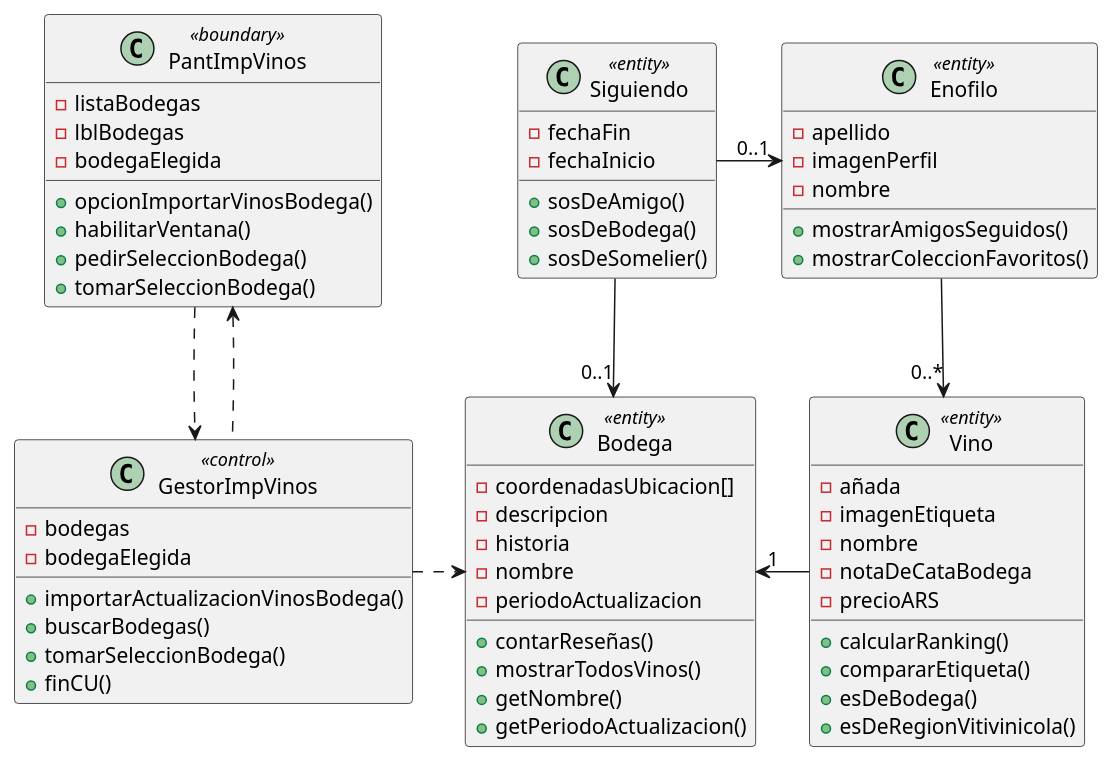
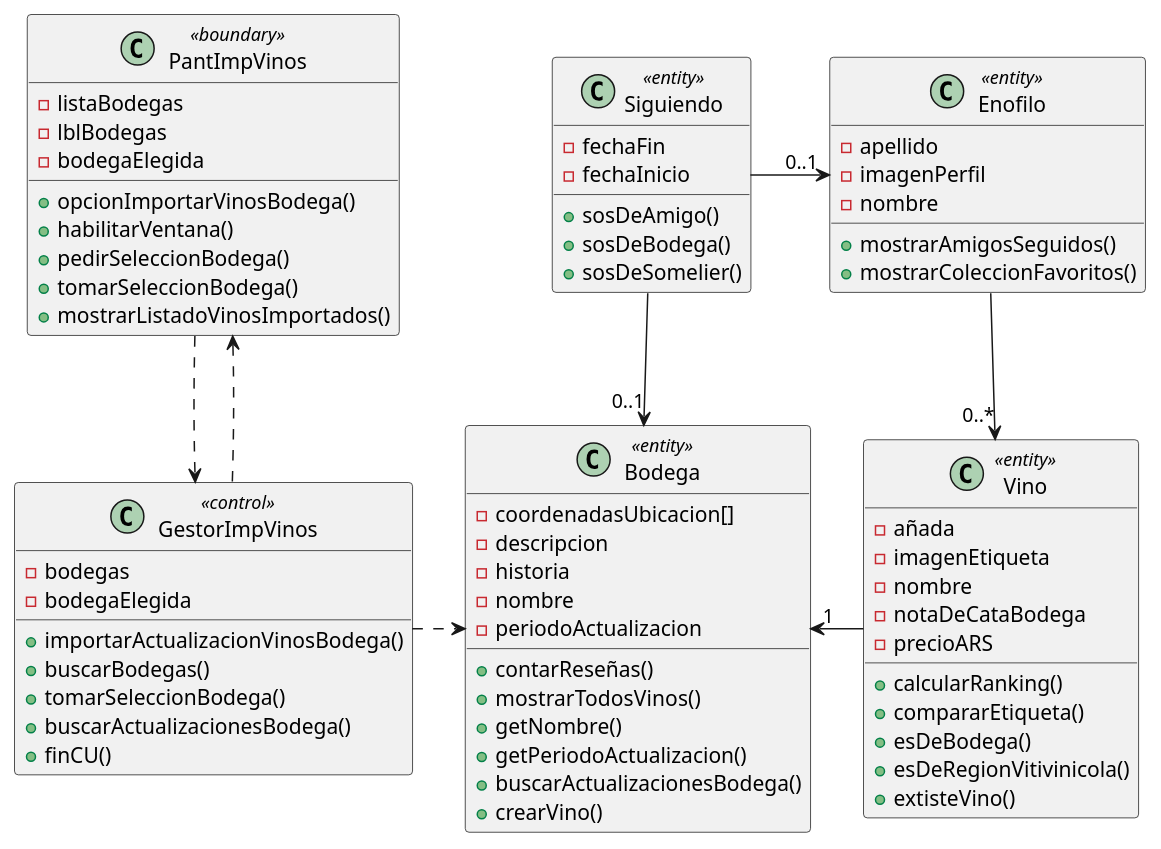
Before and after one commit to JuanjoCasas/PPAI: the diagram in modelo de analisis/vistaClasesAnalisis.puml, drawn with PlantUML. The commit also changed 1 other file, not shown here.

```diff
--- a/modelo de analisis/vistaClasesAnalisis.puml
+++ b/modelo de analisis/vistaClasesAnalisis.puml
@@ -1,73 +1,75 @@
 @startuml clases
 
 class PantImpVinos <<boundary>> {
     - listaBodegas
     - lblBodegas
     - bodegaElegida
     + opcionImportarVinosBodega()
     + habilitarVentana()
     + pedirSeleccionBodega()
     + tomarSeleccionBodega()
-    
+    + mostrarListadoVinosImportados()
 }
 
 class GestorImpVinos <<control>> {
     - bodegas
     - bodegaElegida
     + importarActualizacionVinosBodega()
     + buscarBodegas()
     + tomarSeleccionBodega()
-
-
+    + buscarActualizacionesBodega()
     + finCU()
 }
 
 class Bodega <<entity>> {
     - coordenadasUbicacion[]
     - descripcion
     - historia
     - nombre
     - periodoActualizacion
     + contarReseñas()
     + mostrarTodosVinos()
     + getNombre()
     + getPeriodoActualizacion()
+    + buscarActualizacionesBodega()
+    + crearVino()
 }
 
 class Vino <<entity>> {
     - añada
     - imagenEtiqueta
     - nombre
     - notaDeCataBodega
     - precioARS
     + calcularRanking()
     + compararEtiqueta()
     + esDeBodega()
     + esDeRegionVitivinicola()
+    + extisteVino()
 }
 
 class Siguiendo <<entity>> {
     - fechaFin
     - fechaInicio
     + sosDeAmigo()
     + sosDeBodega()
     + sosDeSomelier()
 }
 
 class Enofilo <<entity>> {
     - apellido
     - imagenPerfil
     - nombre
     + mostrarAmigosSeguidos()
-    +mostrarColeccionFavoritos()
+    + mostrarColeccionFavoritos()
 }
 
 PantImpVinos ..> GestorImpVinos
 PantImpVinos <.. GestorImpVinos
 GestorImpVinos .> Bodega
 Siguiendo --> "0..1" Bodega
 
 Enofilo --> "0..*" Vino
 Siguiendo -> "0..1" Enofilo
 Bodega "1" <- Vino
 @enduml
```
